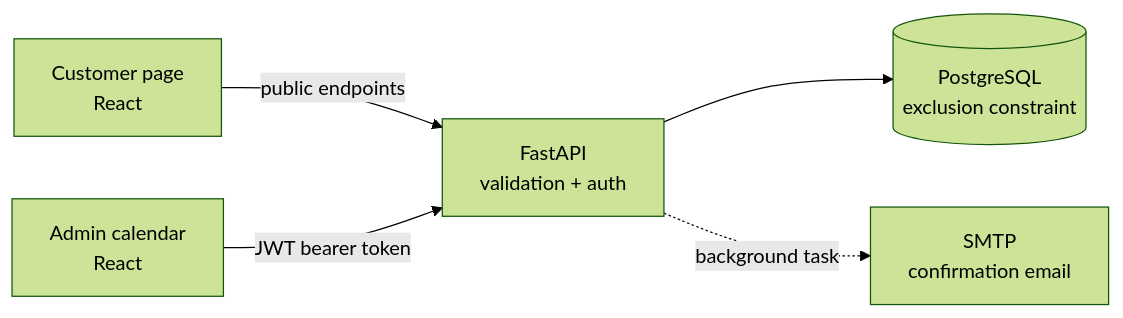
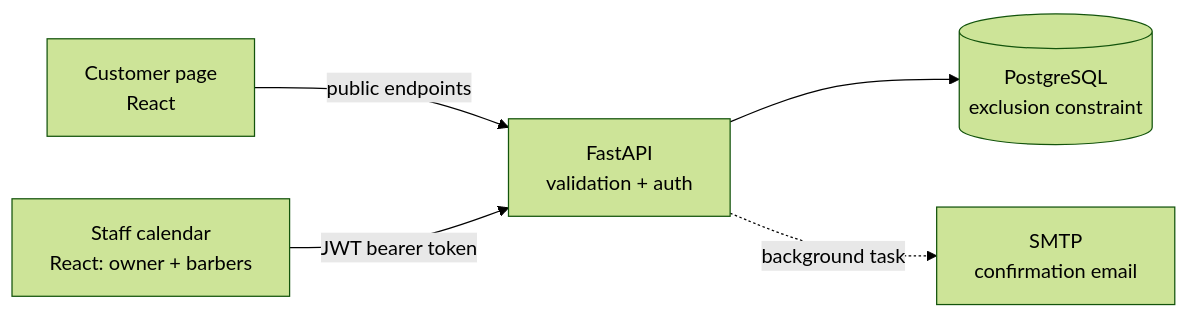
The diagram in README.md (musee-00/booking-system), drawn with Mermaid (forest theme) before and after one commit. The commit also changed other lines of this file, not shown here.

````diff
--- a/README.md
+++ b/README.md
@@ -33,7 +38,7 @@
 ```mermaid
 flowchart LR
     C[Customer page<br/>React] -->|public endpoints| API
-    A[Admin calendar<br/>React] -->|JWT bearer token| API
+    A[Staff calendar<br/>React: owner + barbers] -->|JWT bearer token| API
     API[FastAPI<br/>validation + auth] --> DB[(PostgreSQL<br/>exclusion constraint)]
     API -.->|background task| SMTP[SMTP<br/>confirmation email]
 ```
````
